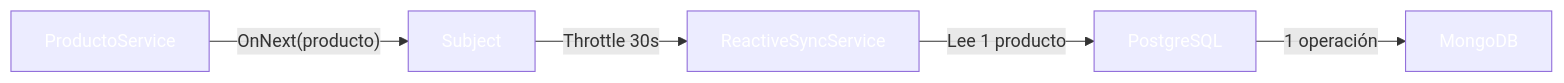
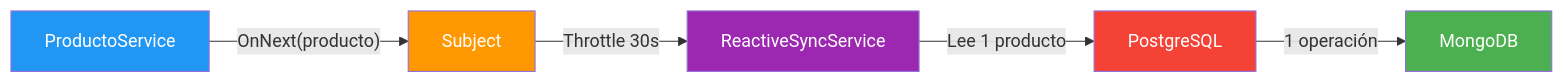
One commit to joseluisgs/DesarrolloWebEntornosServidor-02-2026-2027 changed diagram 18 of 24 in 30-cqrs-mediator.md. Above: the diagram before and after it, drawn with Mermaid. The commit also changed other lines of this file and 29 other files, not shown here.

Commit message:
docs: corregir estilos Mermaid y estilo, quitar referencias a la Tienda y reestructurar los retos 13 y 15

````diff
--- a/30-cqrs-mediator.md
+++ b/30-cqrs-mediator.md
@@ -1082,13 +1082,13 @@
 ```mermaid
 flowchart LR
     A["ProductoService"] -->|"OnNext(producto)"| B["Subject<Producto>"]
     B -->|"Throttle 30s"| C["ReactiveSyncService"]
     C -->|"Lee 1 producto"| D["PostgreSQL"]
     D -->|"1 operación"| E["MongoDB"]
 
-    style A fill:#2196F,color:#fff3,color:#fff
-    style B fill:#FF980,color:#fff0,color:#fff
-    style C fill:#9C27B,color:#fff0,color:#fff
-    style D fill:#f4433,color:#fff6,color:#fff
-    style E fill:#4CAF5,color:#fff0,color:#fff
+    style A fill:#2196F3,color:#fff
+    style B fill:#FF9800,color:#fff
+    style C fill:#9C27B0,color:#fff
+    style D fill:#f44336,color:#fff
+    style E fill:#4CAF50,color:#fff
 ```
````
